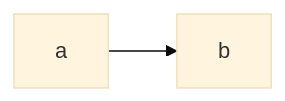
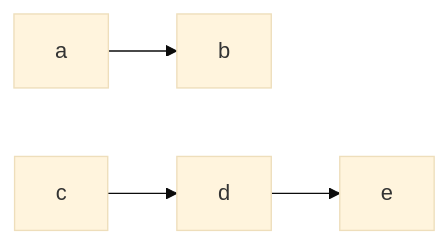
One commit to hugoReborn/my_notes changed the first of 2 diagrams in mermaid_flowcharts.md. Above: the diagram before and after it, drawn with Mermaid (base theme). The commit also changed other lines of this file, not shown here.

Commit message:
mermad flowchart LR

````diff
--- a/mermaid_flowcharts.md
+++ b/mermaid_flowcharts.md
@@ -3,4 +13,7 @@
 ``` mermaid
 flowchart LR
 a -->b
+c -->d
+d -->e
+
 ```
````
